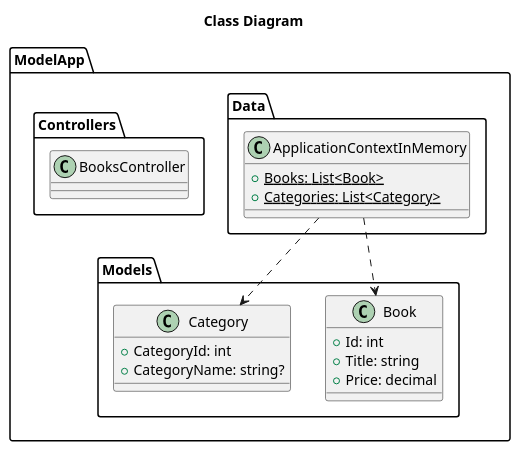
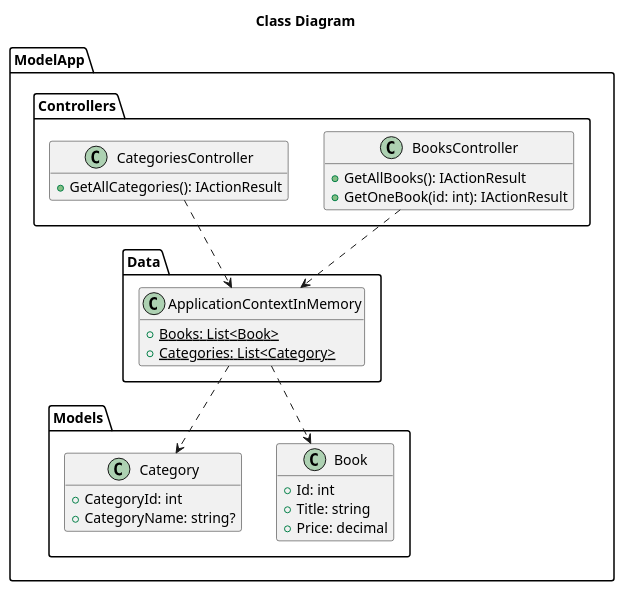
One commit to zcomert/api changed the diagram in ModelApp/UMLs/App.puml. Above: the diagram before and after it, drawn with PlantUML. The commit also changed 2 other files, not shown here.

Commit message:
CategoriesController has been updated.

```diff
--- a/ModelApp/UMLs/App.puml
+++ b/ModelApp/UMLs/App.puml
@@ -1,31 +1,41 @@
 @startuml
 title Class Diagram
+hide empty members
 
 package "ModelApp.Models" {
     class Book {
         + Id: int
         + Title: string
         + Price: decimal
     }
 
     class Category {
         + CategoryId: int
         + CategoryName: string?
     }
 }
 
 package "ModelApp.Data" {
     class ApplicationContextInMemory {
         + {static} Books: List<Book>
         + {static} Categories: List<Category>
     }
 }
 
 package "ModelApp.Controllers" {
     class BooksController {
+        + GetAllBooks(): IActionResult
+        + GetOneBook(id: int): IActionResult
+    }
+
+    class CategoriesController {
+        + GetAllCategories(): IActionResult
     }
 }
 
 "ModelApp.Data.ApplicationContextInMemory" ..> "ModelApp.Models.Book"
 "ModelApp.Data.ApplicationContextInMemory" ..> "ModelApp.Models.Category"
+
+"ModelApp.Controllers.BooksController" ..> "ModelApp.Data.ApplicationContextInMemory"
+"ModelApp.Controllers.CategoriesController" ..> "ModelApp.Data.ApplicationContextInMemory"
 @enduml
```
